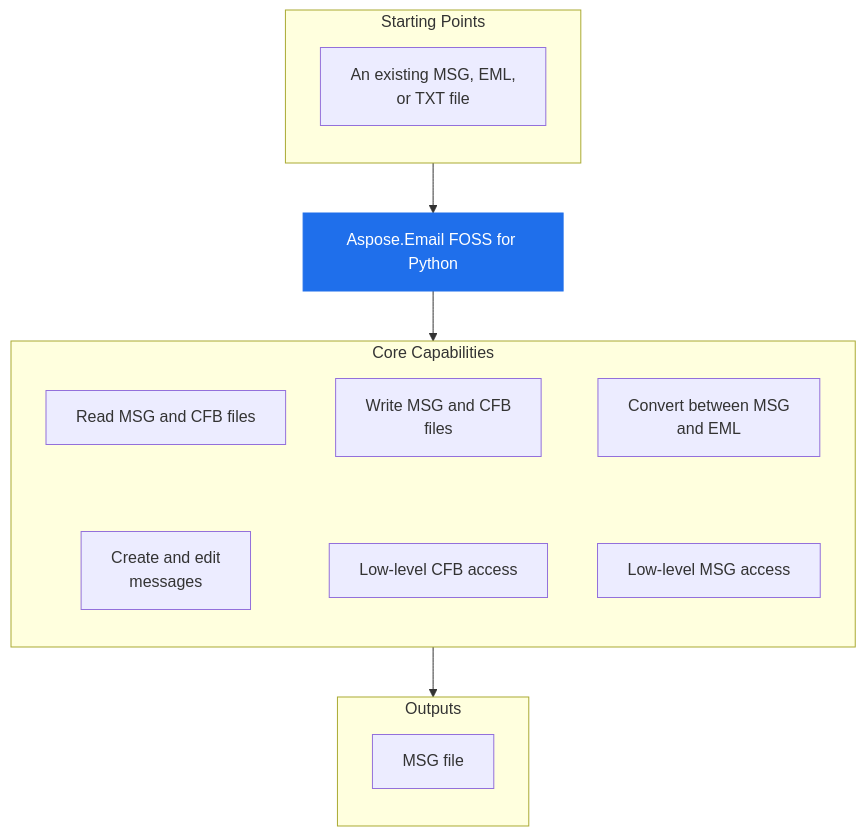
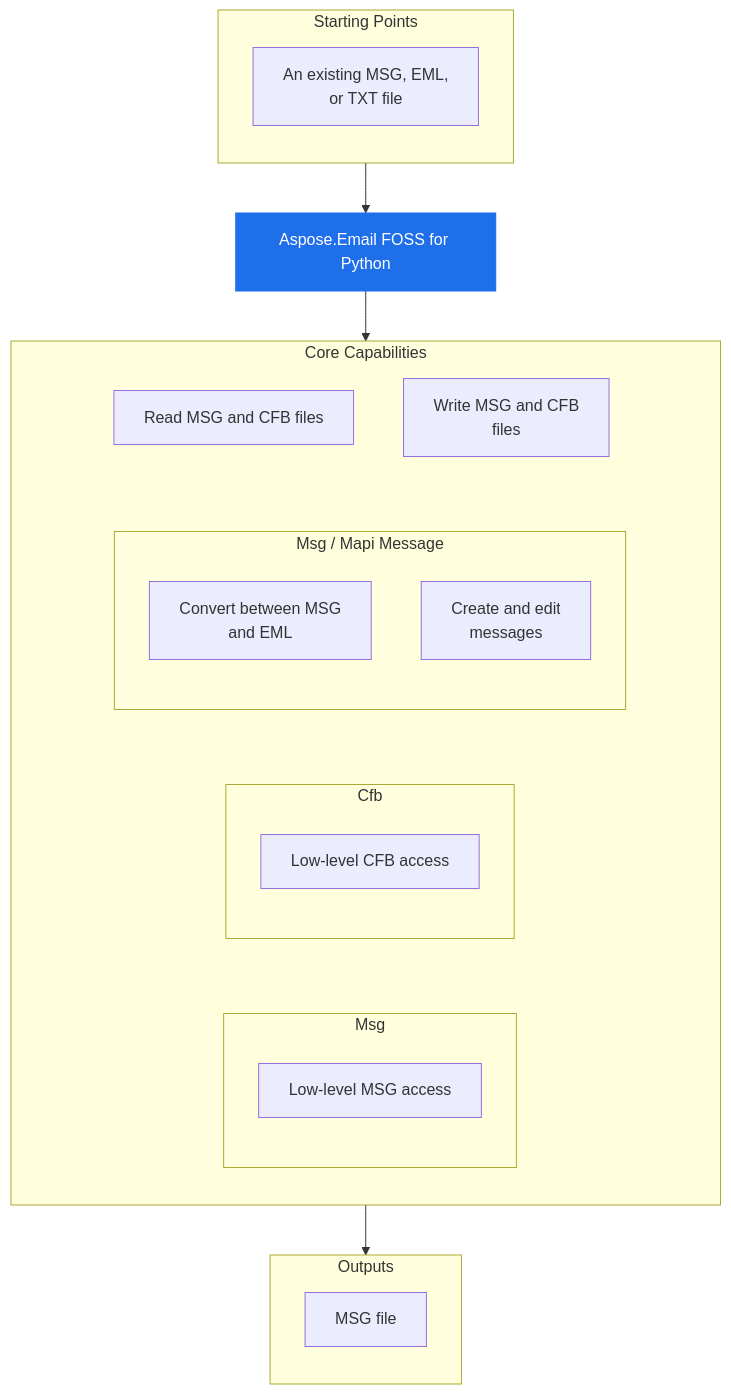
Before and after one commit to babar-raza/repo-presenter: the diagram in 10a906b48c0c11005c4d93b524e4431901c9717c/README.md, drawn with Mermaid. The commit also changed other lines of this file and 4 other files, not shown here.

````diff
--- a/10a906b48c0c11005c4d93b524e4431901c9717c/README.md
+++ b/10a906b48c0c11005c4d93b524e4431901c9717c/README.md
@@ -32,27 +32,37 @@
 ```mermaid
 flowchart TB
   subgraph StartingPoints["Starting Points"]
     direction TB
     i1["An existing MSG, EML,<br/>or TXT file"]
   end
   PRODUCT["Aspose.Email FOSS for Python"]
   subgraph Capabilities["Core Capabilities"]
     direction TB
     c1["Read MSG and CFB files"]
     c2["Write MSG and CFB<br/>files"]
-    c3["Convert between MSG<br/>and EML"]
-    c4["Create and edit<br/>messages"]
-    c5["Low-level CFB access"]
-    c6["Low-level MSG access"]
-    c1 ~~~ c4
-    c2 ~~~ c5
-    c3 ~~~ c6
+    subgraph cg1["Msg / Mapi Message"]
+      direction TB
+      c3["Convert between MSG<br/>and EML"]
+      c4["Create and edit<br/>messages"]
+    end
+    subgraph cg2["Cfb"]
+      direction TB
+      c5["Low-level CFB access"]
+    end
+    subgraph cg3["Msg"]
+      direction TB
+      c6["Low-level MSG access"]
+    end
+    c1 ~~~ cg1
+    c2 ~~~ cg1
+    cg1 ~~~ cg2
+    cg2 ~~~ cg3
   end
   subgraph Outputs["Outputs"]
     direction TB
     o1["MSG file"]
   end
   StartingPoints --> PRODUCT --> Capabilities --> Outputs
   classDef product fill:#1f6feb,stroke:#1f6feb,color:#ffffff
   class PRODUCT product
 ```
````
